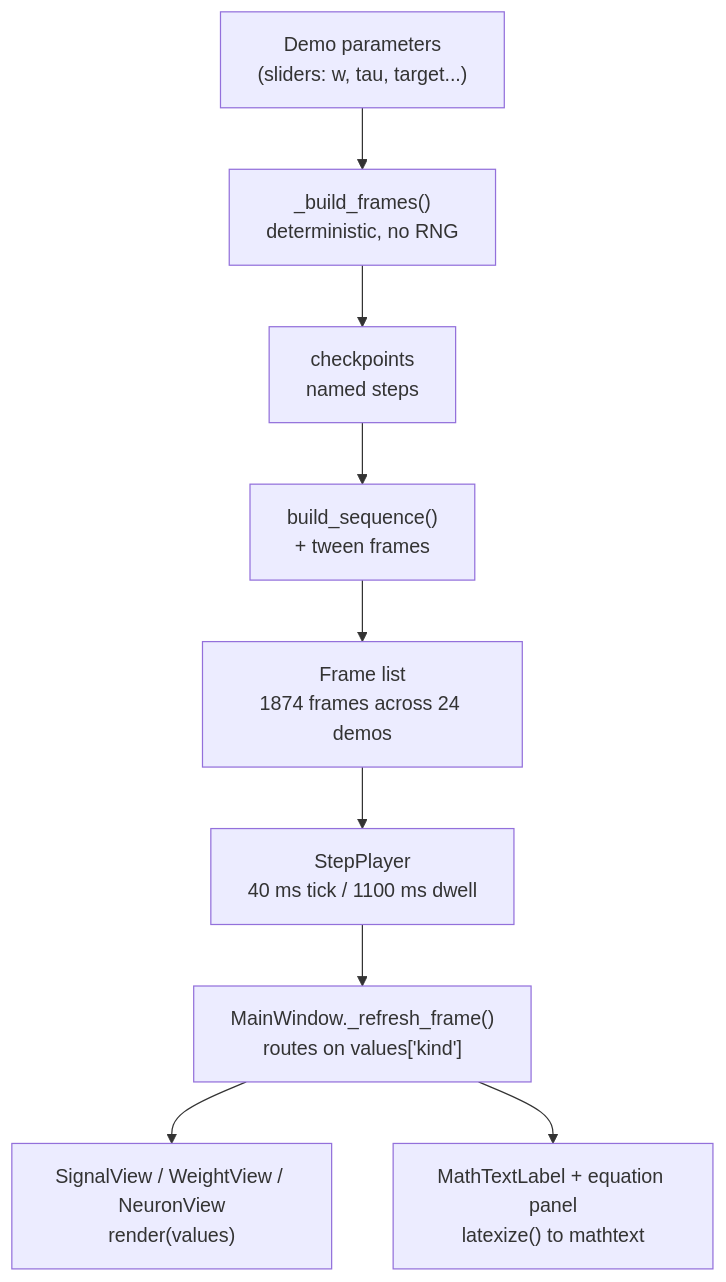
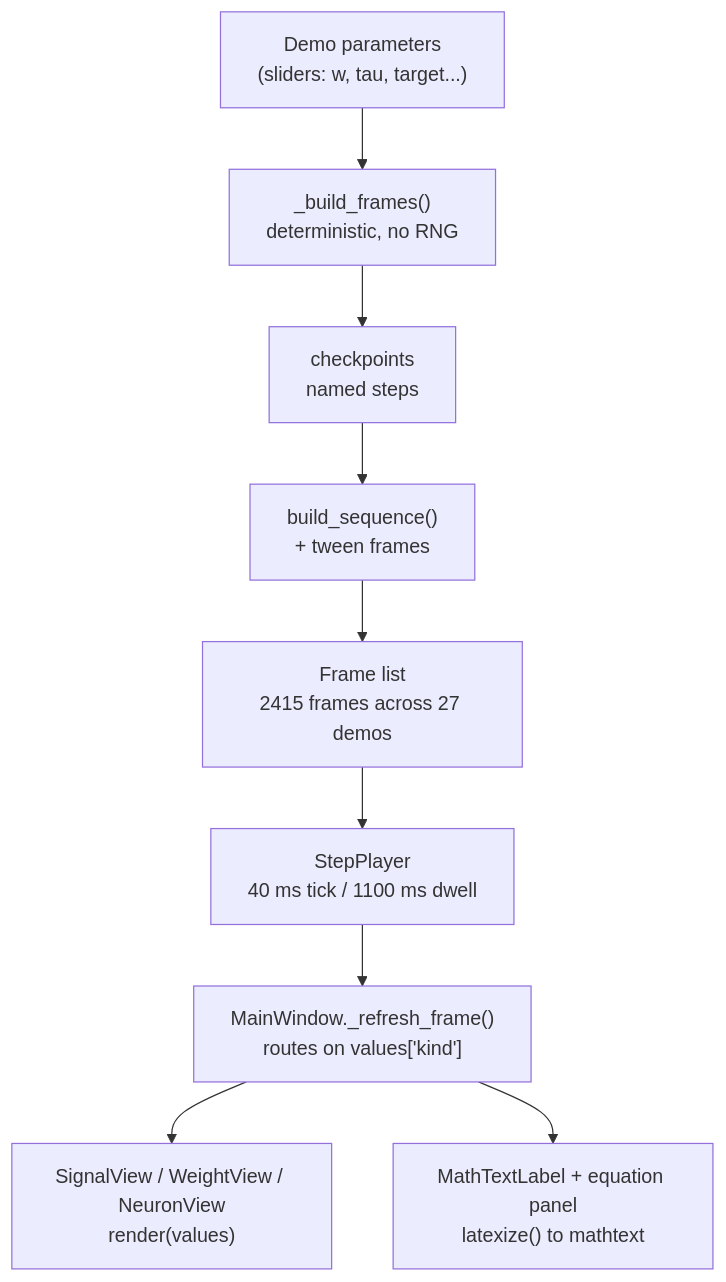
One commit to ensismoebius/doutorado changed the diagram in software/nn/.wiki/Demos/efficient-nn-lab.md. Above: the diagram before and after it, drawn with Mermaid. The commit also changed other lines of this file and 19 other files, not shown here.

````diff
--- a/software/nn/.wiki/Demos/efficient-nn-lab.md
+++ b/software/nn/.wiki/Demos/efficient-nn-lab.md
@@ -122,11 +122,11 @@
 ```mermaid
 flowchart TD
     P["Demo parameters<br/>(sliders: w, tau, target...)"] --> B["_build_frames()<br/>deterministic, no RNG"]
     B --> C["checkpoints<br/>named steps"]
     C --> T["build_sequence()<br/>+ tween frames"]
-    T --> L["Frame list<br/>1874 frames across 24 demos"]
+    T --> L["Frame list<br/>2415 frames across 27 demos"]
     L --> S["StepPlayer<br/>40 ms tick / 1100 ms dwell"]
     S --> M["MainWindow._refresh_frame()<br/>routes on values['kind']"]
     M --> V["SignalView / WeightView / NeuronView<br/>render(values)"]
     M --> E["MathTextLabel + equation panel<br/>latexize() to mathtext"]
 ```
````
